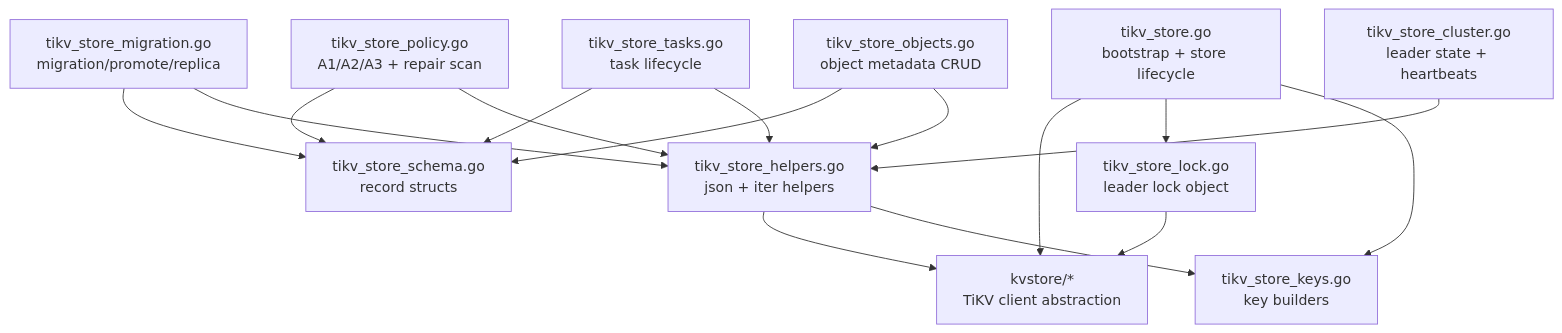
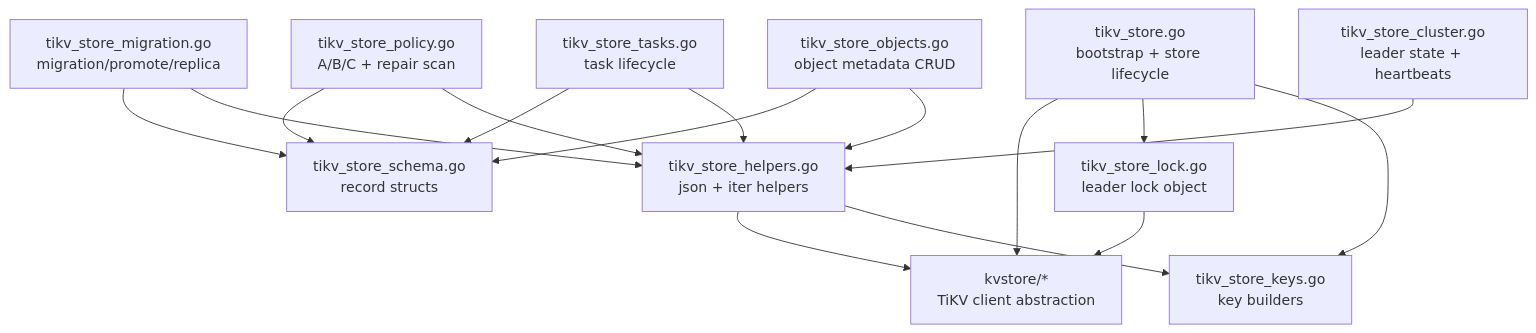
Before and after one commit to F64116045/Load-Aware-Tiered-Distributed-Object-Storage: the diagram in internal/meta/README.md, drawn with Mermaid. The commit also changed other lines of this file and 10 other files, not shown here.

Commit message:
docs(tiering): refresh A/B/C policy and runtime flow references

````diff
--- a/internal/meta/README.md
+++ b/internal/meta/README.md
@@ -44,30 +44,30 @@
 ```mermaid
 flowchart TD
     S[tikv_store.go\nbootstrap + store lifecycle]
     K[tikv_store_keys.go\nkey builders]
     H[tikv_store_helpers.go\njson + iter helpers]
     SC[tikv_store_schema.go\nrecord structs]
     L[tikv_store_lock.go\nleader lock object]
     C[tikv_store_cluster.go\nleader state + heartbeats]
     O[tikv_store_objects.go\nobject metadata CRUD]
     T[tikv_store_tasks.go\ntask lifecycle]
-    P[tikv_store_policy.go\nA1/A2/A3 + repair scan]
+    P[tikv_store_policy.go\nA/B/C + repair scan]
     M[tikv_store_migration.go\nmigration/promote/replica]
     KV[kvstore/*\nTiKV client abstraction]
 
     S --> K
     S --> L
     S --> KV
     L --> KV
     C --> H
     O --> H
     T --> H
     P --> H
     M --> H
     H --> K
     H --> KV
     O --> SC
     T --> SC
     P --> SC
     M --> SC
 ```
````
